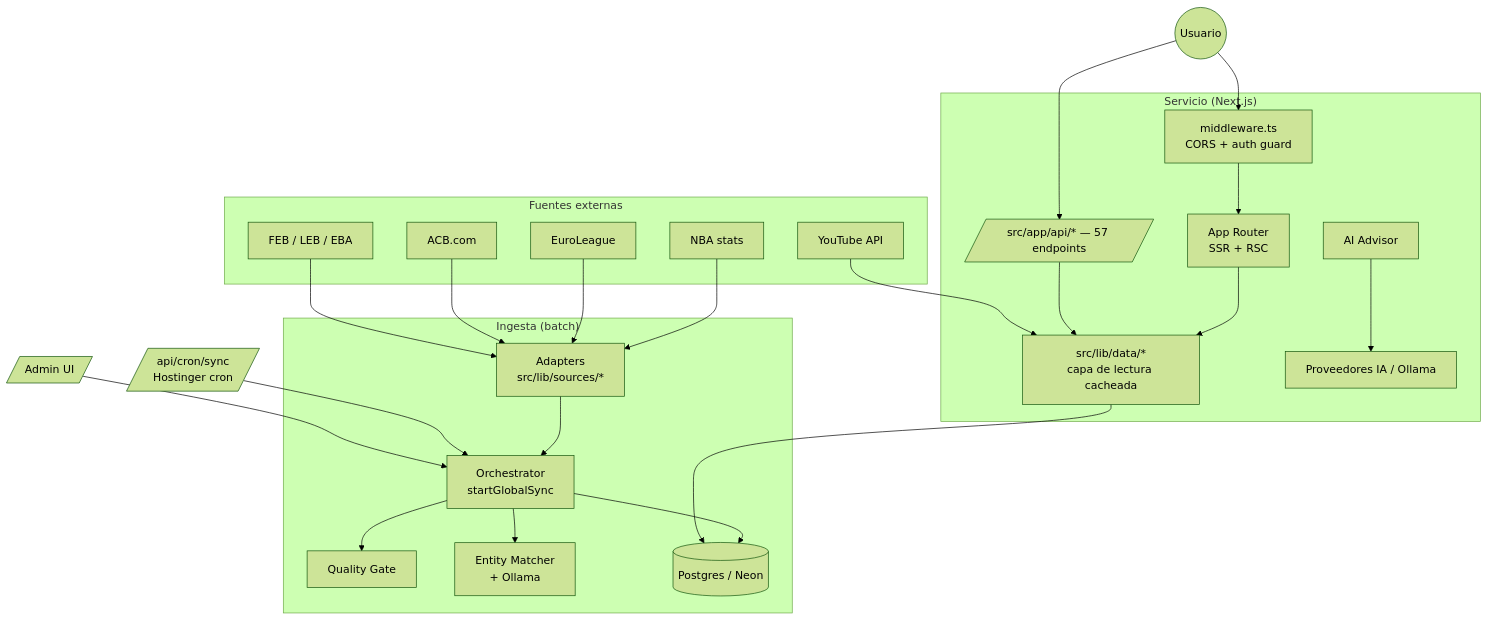
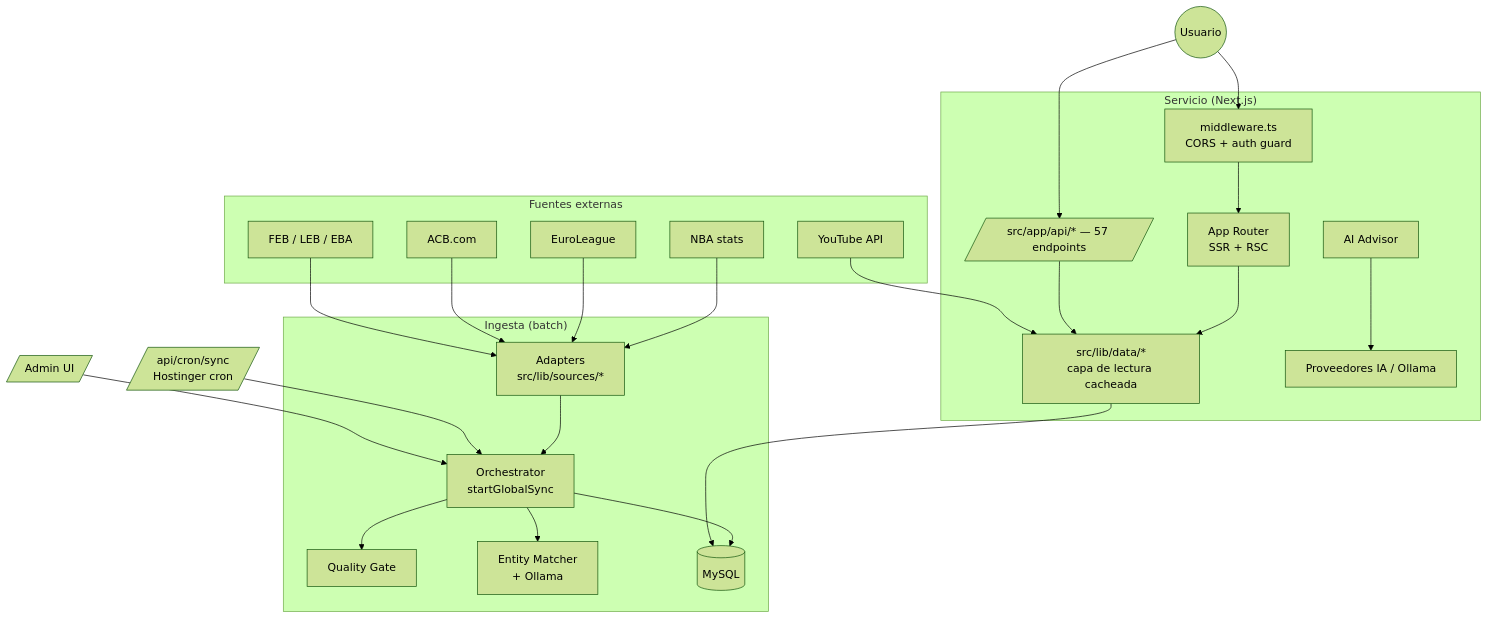
The first of 2 diagrams in docs/ARCHITECTURE.es.md (Hredo/globalhoopstats), drawn with Mermaid (forest theme) before and after one commit. The commit also changed other lines of this file and 13 other files, not shown here.

````diff
--- a/docs/ARCHITECTURE.es.md
+++ b/docs/ARCHITECTURE.es.md
@@ -96,33 +96,33 @@
 ```mermaid
 flowchart TB
     subgraph Fuentes externas
       NBA[NBA stats]
       EL[EuroLeague]
       ACB[ACB.com]
       FEB[FEB / LEB / EBA]
       YT[YouTube API]
     end
 
     subgraph "Ingesta (batch)"
       AD[Adapters\nsrc/lib/sources/*] --> ORCH[Orchestrator\nstartGlobalSync]
       ORCH --> QG[Quality Gate]
       ORCH --> EM[Entity Matcher\n+ Ollama]
-      ORCH --> DB[(Postgres / Neon)]
+      ORCH --> DB[(MySQL)]
     end
 
     NBA & EL & ACB & FEB --> AD
     CRON[/api/cron/sync\nHostinger cron/] --> ORCH
     ADMIN[/Admin UI/] --> ORCH
 
     subgraph "Servicio (Next.js)"
       MW[middleware.ts\nCORS + auth guard] --> PAGES[App Router\nSSR + RSC]
       PAGES --> DATA[src/lib/data/*\ncapa de lectura cacheada]
       API[/src/app/api/* — 57 endpoints/] --> DATA
       DATA --> DB
       AIADV[AI Advisor] --> LLM[Proveedores IA / Ollama]
     end
 
     YT --> DATA
     USER((Usuario)) --> MW
     USER --> API
 ```
````
